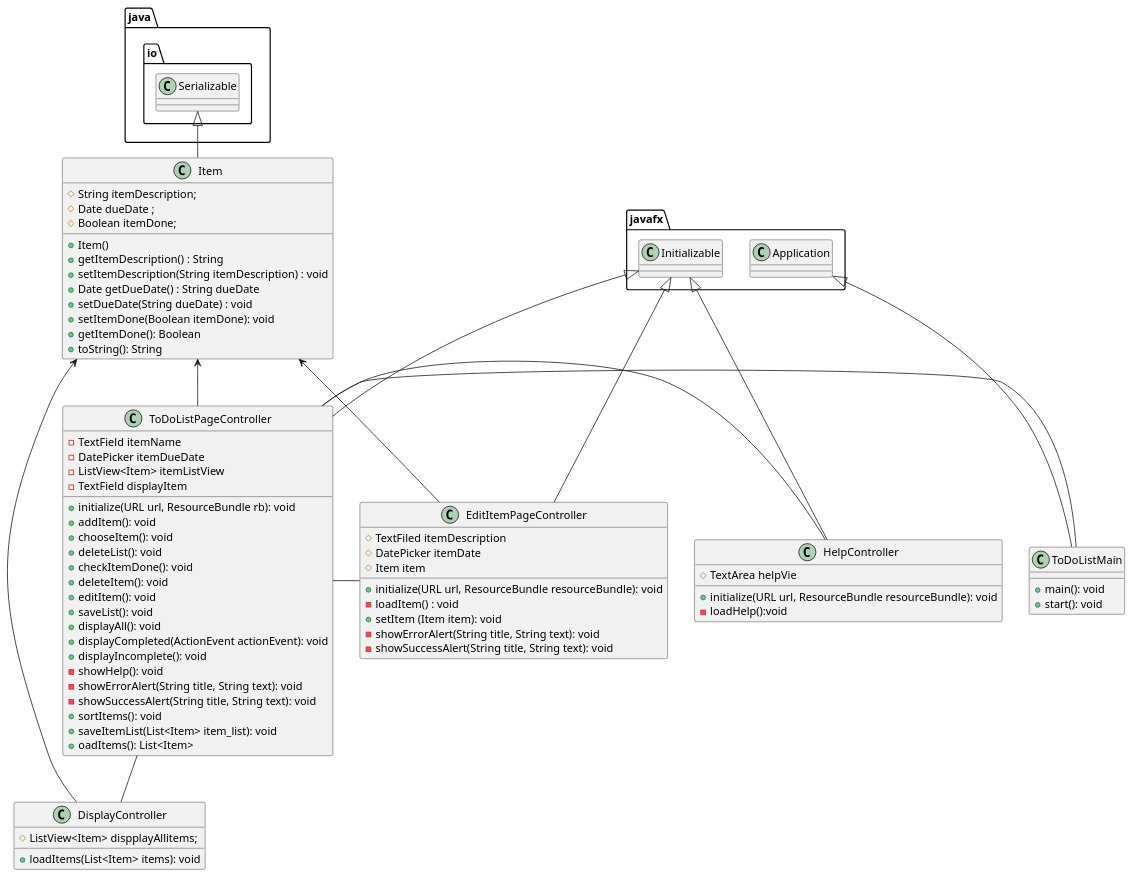
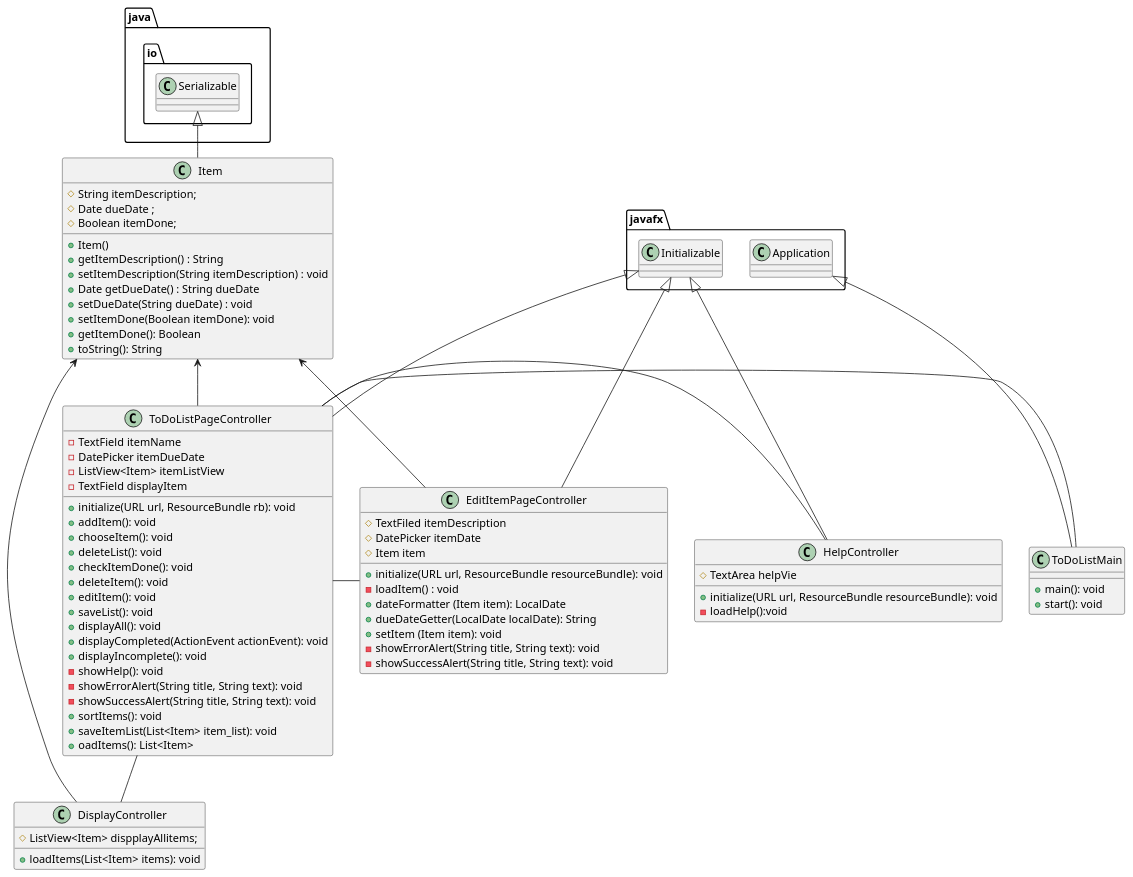
The diagram in UML/ToDoListApp.puml (SaharaSheik/Sheikholeslami-Do-To-List-App), drawn with PlantUML before and after one commit. The commit also changed 8 other files, not shown here.

```diff
--- a/UML/ToDoListApp.puml
+++ b/UML/ToDoListApp.puml
@@ -1,95 +1,97 @@
 @startuml
 'https://plantuml.com/sequence-diagram
 
 class ToDoListMain{
    + main(): void
    + start(): void
 }
 
 class Item{
  #String itemDescription;
  #Date dueDate ;
  #Boolean itemDone;
 
 +Item()
 + getItemDescription() : String
 + setItemDescription(String itemDescription) : void
 + Date getDueDate() : String dueDate
 + setDueDate(String dueDate) : void
 + setItemDone(Boolean itemDone): void
 + getItemDone(): Boolean
 + toString(): String
 }
 
 
 class ToDoListPageController {
 -TextField itemName
 -DatePicker itemDueDate
 -ListView<Item> itemListView
 -TextField displayItem
 
 +initialize(URL url, ResourceBundle rb): void
 +addItem(): void
 +chooseItem(): void
 +deleteList(): void
 +checkItemDone(): void
 +deleteItem(): void
 +editItem(): void
 +saveList(): void
 +displayAll(): void
 +displayCompleted(ActionEvent actionEvent): void
 +displayIncomplete(): void
 -showHelp(): void
 -showErrorAlert(String title, String text): void
 -showSuccessAlert(String title, String text): void
 +sortItems(): void
 +saveItemList(List<Item> item_list): void
 +oadItems(): List<Item>
 
 
 }
 
 
 class EditItemPageController {
 
 #TextFiled itemDescription
 #DatePicker itemDate
 #Item item
 +initialize(URL url, ResourceBundle resourceBundle): void
 -loadItem() : void
++dateFormatter (Item item): LocalDate
++dueDateGetter(LocalDate localDate): String
 +setItem (Item item): void
 -showErrorAlert(String title, String text): void
 -showSuccessAlert(String title, String text): void
 
 }
 
 class DisplayController {
 
 #ListView<Item> dispplayAllitems;
 +loadItems(List<Item> items): void
 
 }
 class HelpController{
 #TextArea helpVie
 +initialize(URL url, ResourceBundle resourceBundle): void
 -loadHelp():void
 }
 
 
 
 javafx.Application <|-- ToDoListMain
 java.io.Serializable<|--Item
 javafx.Initializable<|--ToDoListPageController
 javafx.Initializable<|-EditItemPageController
 javafx.Initializable<|--HelpController
 ToDoListPageController - ToDoListMain
 Item<-EditItemPageController
 Item<--ToDoListPageController
 ToDoListPageController-EditItemPageController
 ToDoListPageController-- DisplayController
 Item<- DisplayController
 ToDoListPageController-HelpController
 
 
 
 @enduml
```
